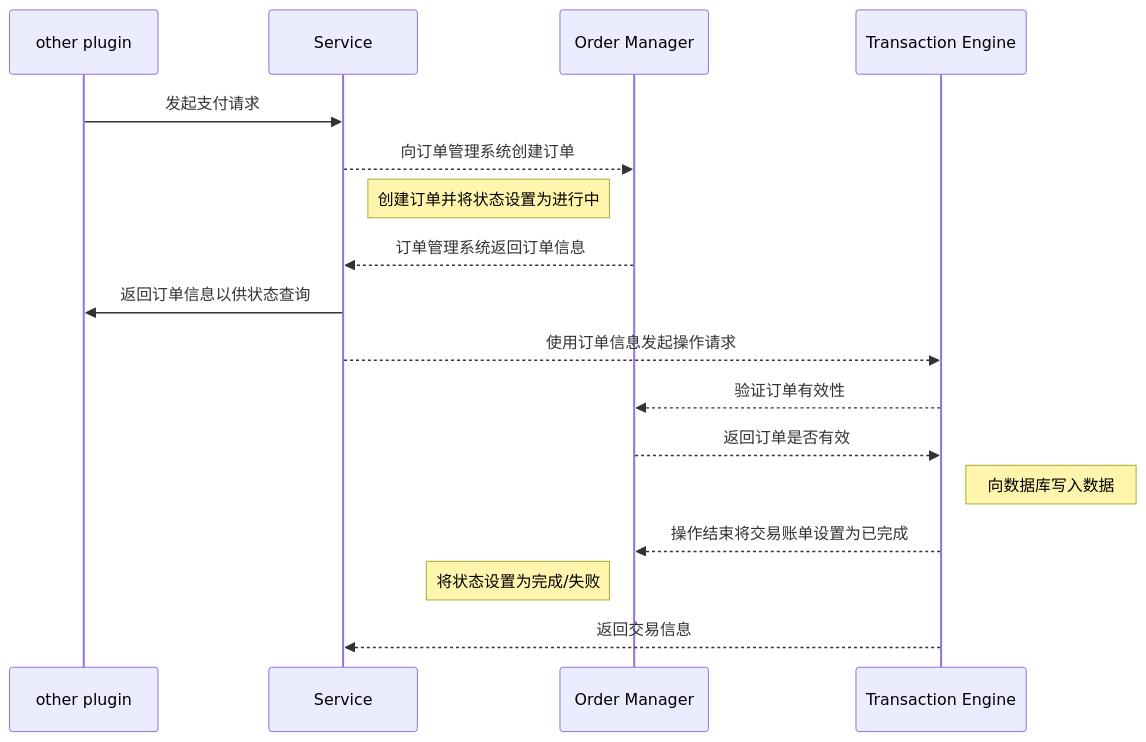
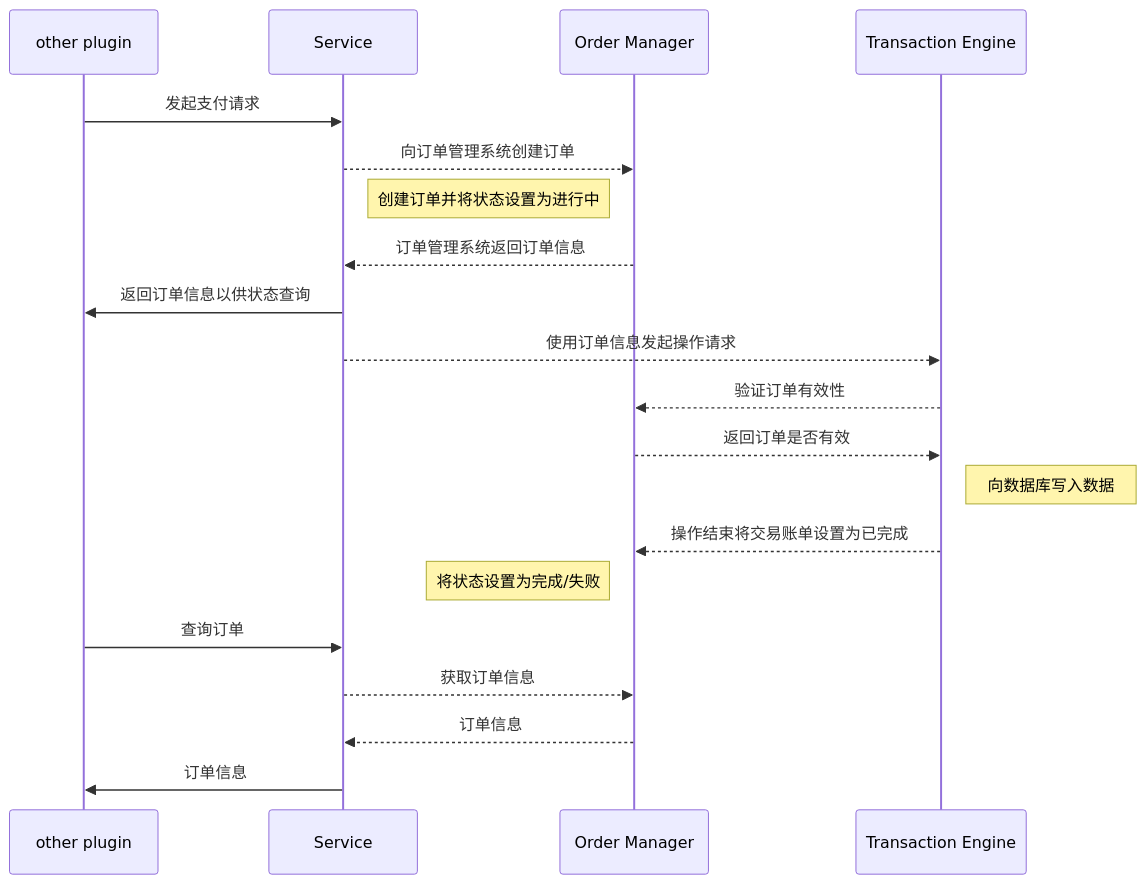
One commit to DMB-codegang/koishi-plugin-PointMint changed the diagram in readme.md. Above: the diagram before and after it, drawn with Mermaid.

Commit message:
Update readme with order query sequence diagram

````diff
--- a/readme.md
+++ b/readme.md
@@ -24,20 +24,23 @@
 ```mermaid
 sequenceDiagram
 	participant C as other plugin
 	participant S as Service
 	participant order as Order Manager
 	participant trans as Transaction Engine
 
 	C->>S: 发起支付请求
 	S-->>order:向订单管理系统创建订单
 	Note left of order:创建订单并将状态设置为进行中
 	order-->>S:订单管理系统返回订单信息
 	S->>C:返回订单信息以供状态查询
 	S-->>trans:使用订单信息发起操作请求
 	trans-->>order:验证订单有效性
 	order-->>trans:返回订单是否有效
 	Note right of trans:向数据库写入数据
 	trans-->>order:操作结束将交易账单设置为已完成
 	Note left of order:将状态设置为完成/失败
-	trans-->>S:返回交易信息
+	C->>S:查询订单
+	S-->>order:获取订单信息
+	order-->>S:订单信息
+	S->>C:订单信息
 ```
````
